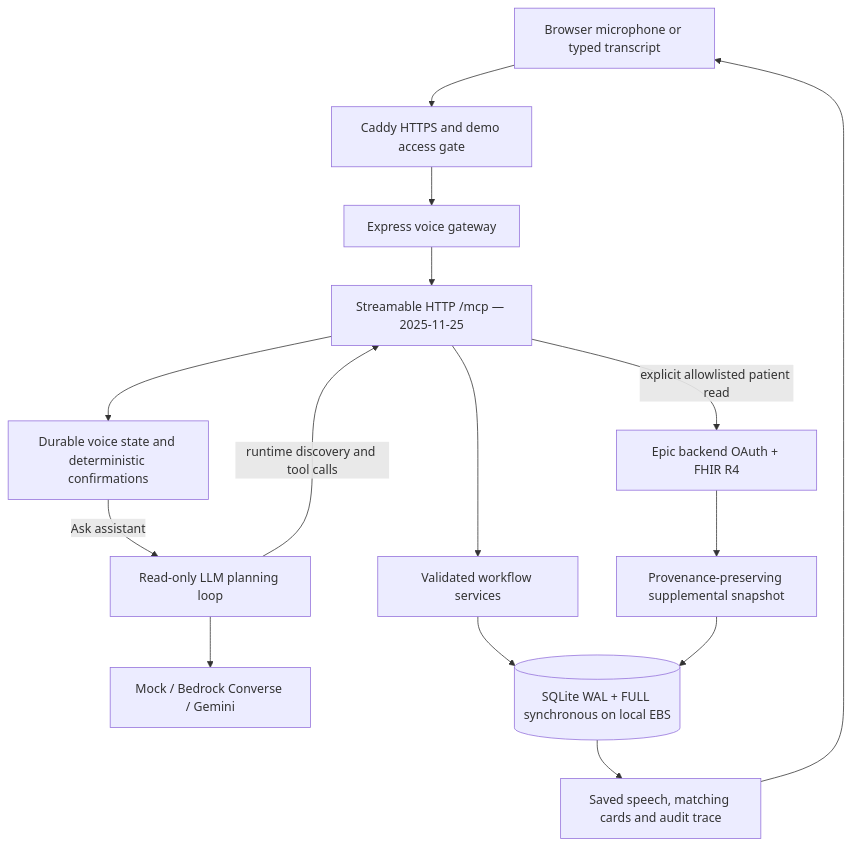
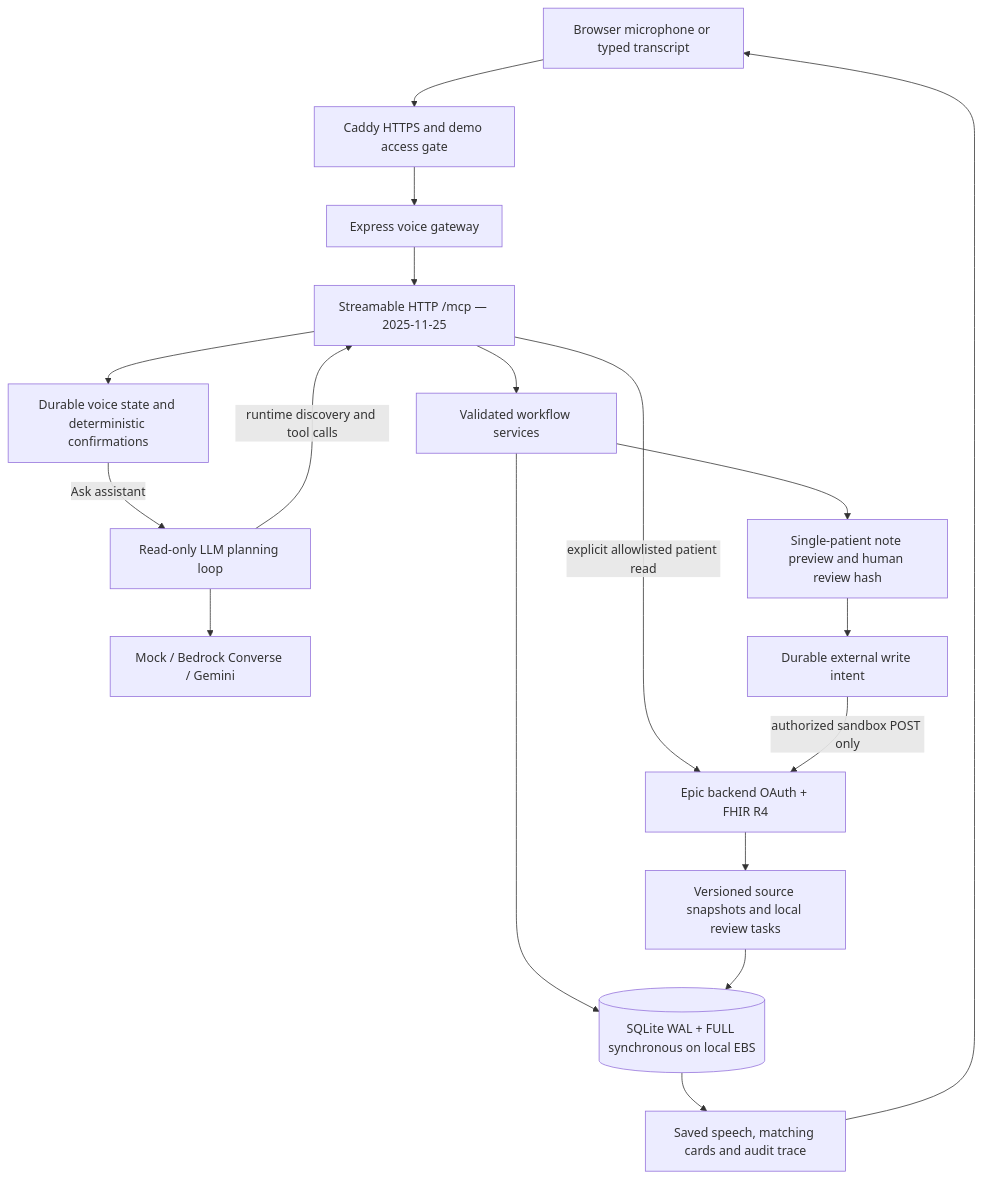
The diagram in deploy/ARCHITECTURE.md (agrasenrai/dev_assist), drawn with Mermaid before and after one commit. The commit also changed 29 other files, not shown here.

````diff
--- a/deploy/ARCHITECTURE.md
+++ b/deploy/ARCHITECTURE.md
@@ -5,17 +5,20 @@
 ```mermaid
 flowchart TD
   Nurse[Browser microphone or typed transcript] --> TLS[Caddy HTTPS and demo access gate]
   TLS --> Voice[Express voice gateway]
   Voice --> MCP[Streamable HTTP /mcp — 2025-11-25]
   MCP --> Router[Durable voice state and deterministic confirmations]
   Router -->|Ask assistant| Agent[Read-only LLM planning loop]
   Agent --> Model[Mock / Bedrock Converse / Gemini]
   Agent -->|runtime discovery and tool calls| MCP
   MCP --> Services[Validated workflow services]
   Services --> DB[(SQLite WAL + FULL synchronous on local EBS)]
   MCP -->|explicit allowlisted patient read| Epic[Epic backend OAuth + FHIR R4]
-  Epic --> Snapshot[Provenance-preserving supplemental snapshot]
+  Epic --> Snapshot[Versioned source snapshots and local review tasks]
   Snapshot --> DB
   DB --> Display[Saved speech, matching cards and audit trace]
   Display --> Nurse
+  Services --> Review[Single-patient note preview and human review hash]
+  Review --> Intent[Durable external write intent]
+  Intent -->|authorized sandbox POST only| Epic
 ```
````
